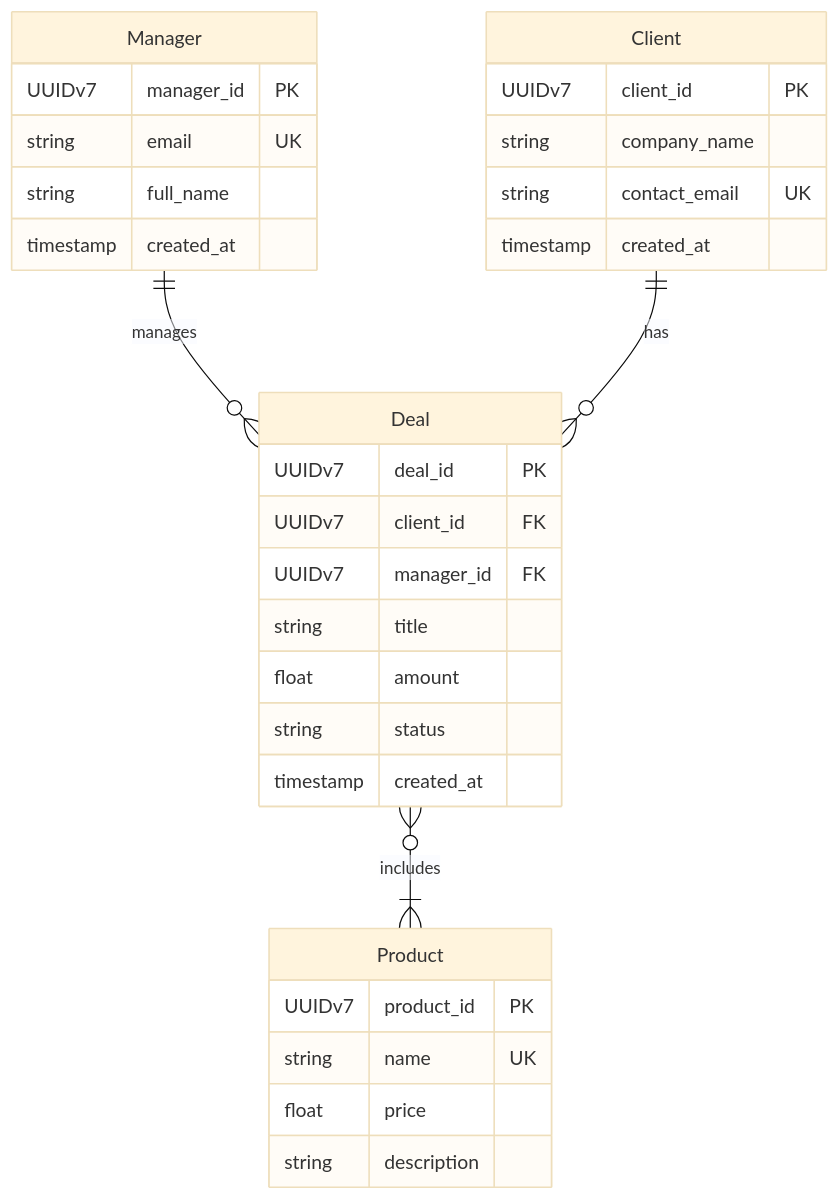
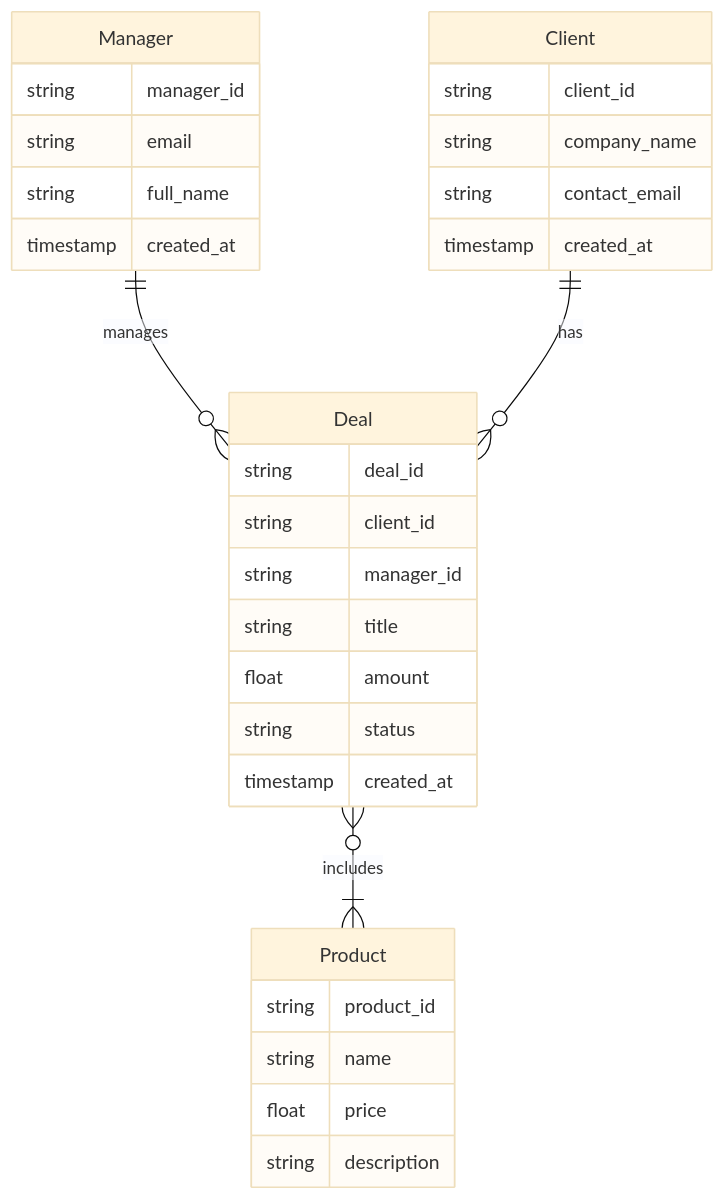
One commit to VitalityTech/SRMA_Labs changed the diagram in lab1/model/er-diagram.mmd. Above: the diagram before and after it, drawn with Mermaid (base theme). The commit also changed 6 other files, not shown here.

Commit message:
fix(lab1): rework spec by hand, real AI prompt trail, short DEFENSE, no PK/FK in ER model

```diff
--- a/lab1/model/er-diagram.mmd
+++ b/lab1/model/er-diagram.mmd
@@ -1,32 +1,32 @@
 erDiagram
     Manager ||--o{ Deal : manages
     Client ||--o{ Deal : has
     Deal }o--|{ Product : includes
 
     Manager {
-        UUIDv7 manager_id PK
-        string email UK
+        string manager_id
+        string email
         string full_name
         timestamp created_at
     }
     Client {
-        UUIDv7 client_id PK
+        string client_id
         string company_name
-        string contact_email UK
+        string contact_email
         timestamp created_at
     }
     Deal {
-        UUIDv7 deal_id PK
-        UUIDv7 client_id FK
-        UUIDv7 manager_id FK
+        string deal_id
+        string client_id
+        string manager_id
         string title
         float amount
         string status
         timestamp created_at
     }
     Product {
-        UUIDv7 product_id PK
-        string name UK
+        string product_id
+        string name
         float price
         string description
     }
```
